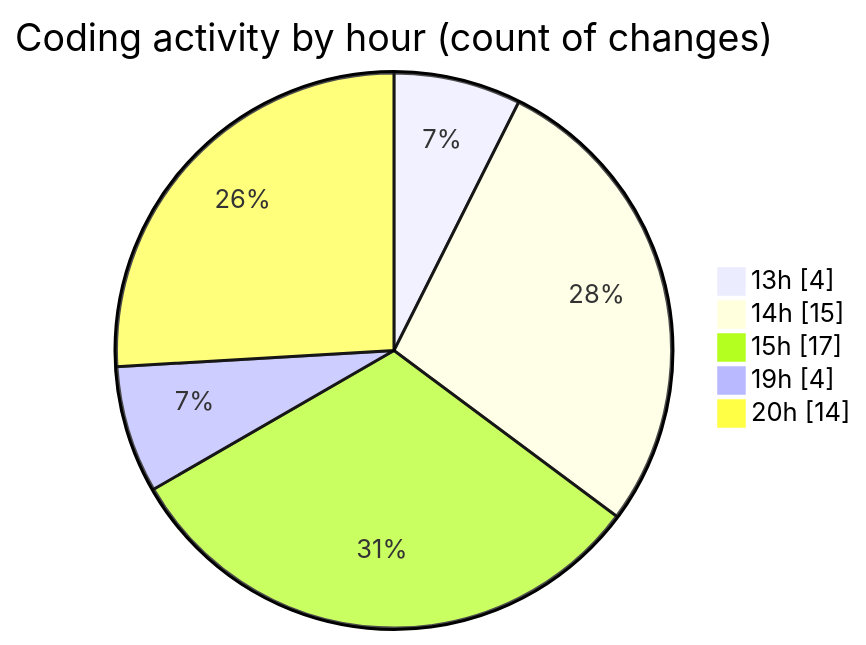
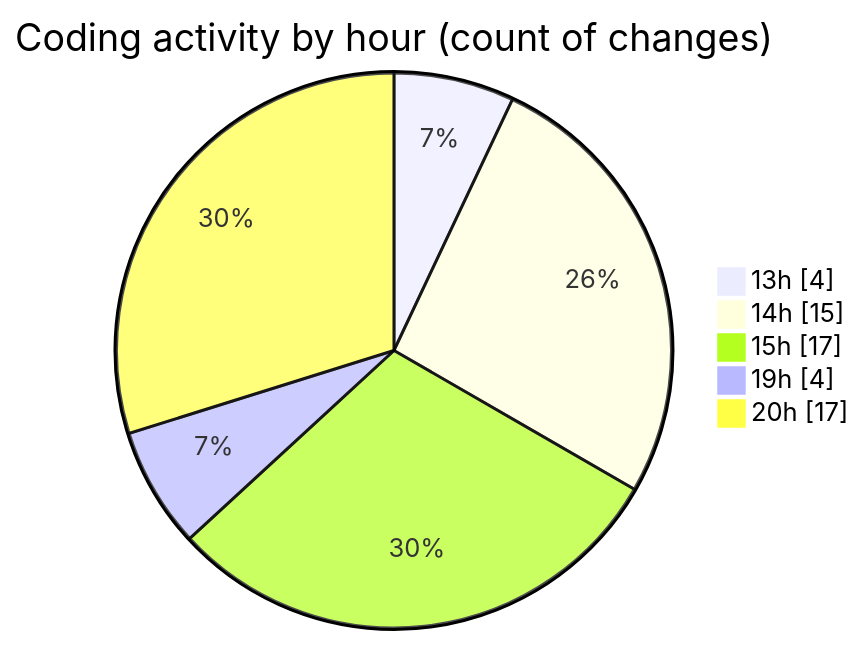
Before and after one commit to Ritupan-Deka/code-tracking: the second of 2 diagrams in 2025-01-21/projects/README.md, drawn with Mermaid. The commit also changed other lines of this file and 1 other file, not shown here.

````diff
--- a/2025-01-21/projects/README.md
+++ b/2025-01-21/projects/README.md
@@ -42,9 +42,9 @@
 ```mermaid
 pie showData
 title Coding activity by hour (count of changes)
 "13h" : 4
 "14h" : 15
 "15h" : 17
 "19h" : 4
-"20h" : 14
+"20h" : 17
 ```
````
